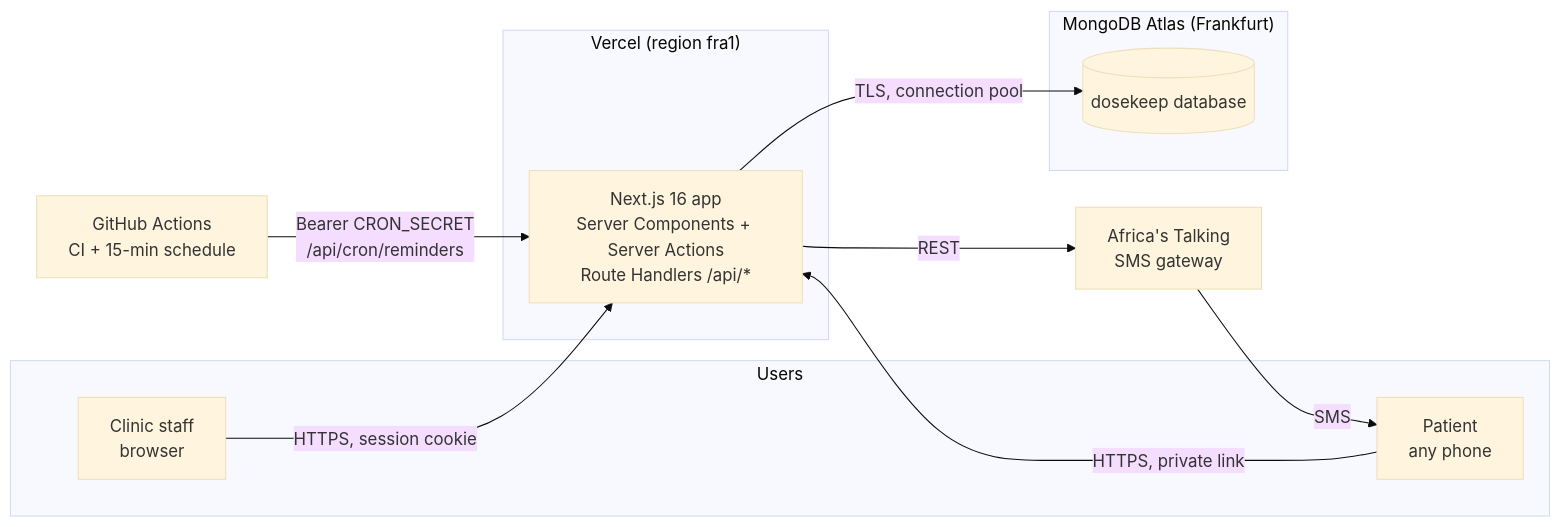
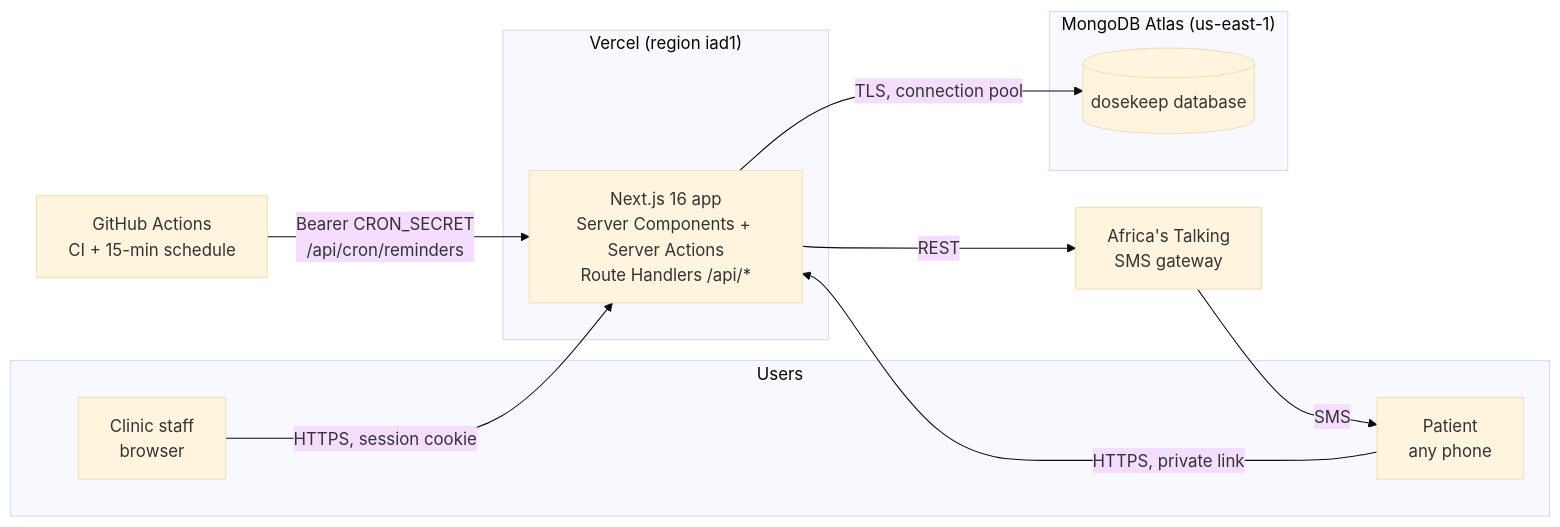
Before and after one commit to ChimarokeAmadi/dosekeep: the first of 4 diagrams in docs/REPORT.md, drawn with Mermaid (base theme). The commit also changed other lines of this file and 3 other files, not shown here.

Commit message:
Deploy next to Atlas in us-east-1

````diff
--- a/docs/REPORT.md
+++ b/docs/REPORT.md
@@ -78,22 +78,22 @@
 ```mermaid
 flowchart LR
     subgraph Users
       S[Clinic staff<br/>browser]
       P[Patient<br/>any phone]
     end
-    subgraph Vercel["Vercel (region fra1)"]
+    subgraph Vercel["Vercel (region iad1)"]
       N["Next.js 16 app<br/>Server Components + Server Actions<br/>Route Handlers /api/*"]
     end
-    subgraph Atlas["MongoDB Atlas (Frankfurt)"]
+    subgraph Atlas["MongoDB Atlas (us-east-1)"]
       DB[(dosekeep database)]
     end
     GH["GitHub Actions<br/>CI + 15-min schedule"]
     SMS["Africa's Talking<br/>SMS gateway"]
 
     S -- HTTPS, session cookie --> N
     P -- HTTPS, private link --> N
     N -- TLS, connection pool --> DB
     GH -- "Bearer CRON_SECRET<br/>/api/cron/reminders" --> N
     N -- REST --> SMS
     SMS -- SMS --> P
 ```
````
